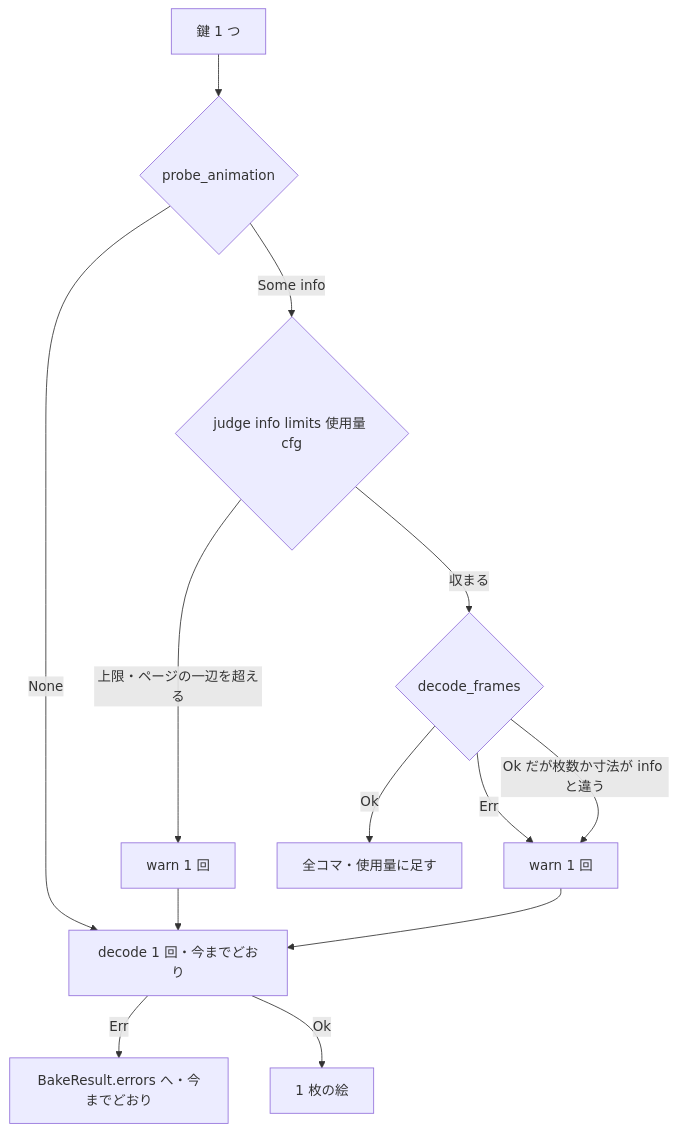
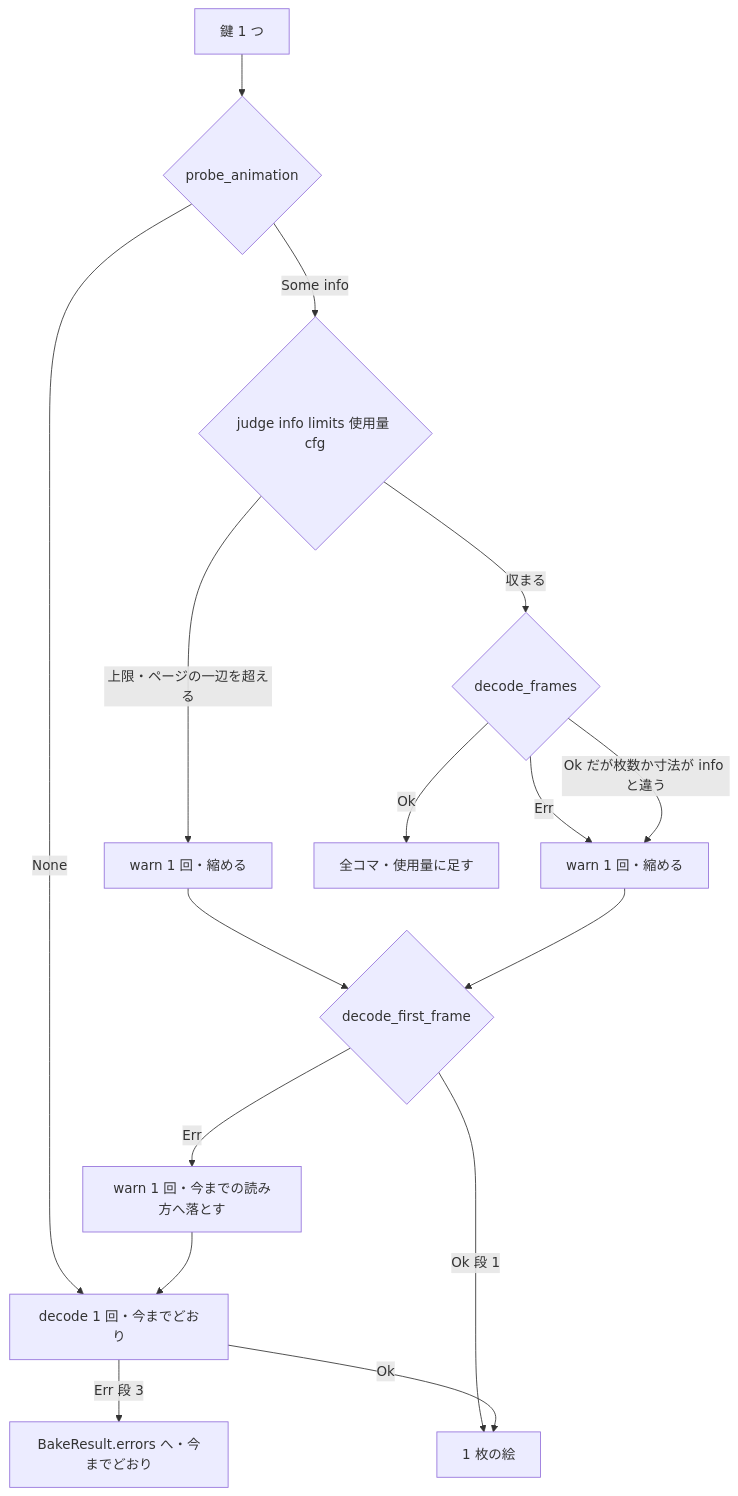
The second of 2 diagrams in .kiro/specs/areka-P0-animated-image-decode/design.md (ekicyou/areka), drawn with Mermaid before and after one commit. The commit also changed other lines of this file and 2 other files, not shown here.

Commit message:
docs(areka-P0-animated-image-decode): resolve design discussion #1 - 縮めた 1 枚は新しい読み手で動きの 1 枚目を読み、読めないときだけ今までの読み方へ落とす

````diff
--- a/.kiro/specs/areka-P0-animated-image-decode/design.md
+++ b/.kiro/specs/areka-P0-animated-image-decode/design.md
@@ -202,13 +209,17 @@
 ```mermaid
 flowchart TD
     S[鍵 1 つ] --> P{probe_animation}
     P -->|None| ST[decode 1 回・今までどおり]
     P -->|Some info| J{judge info limits 使用量 cfg}
-    J -->|上限・ページの一辺を超える| W1[warn 1 回] --> ST
+    J -->|上限・ページの一辺を超える| W1[warn 1 回・縮める]
     J -->|収まる| F{decode_frames}
-    F -->|Err| W2[warn 1 回] --> ST
+    F -->|Err| W2[warn 1 回・縮める]
     F -->|Ok だが枚数か寸法が info と違う| W2
     F -->|Ok| OK[全コマ・使用量に足す]
-    ST -->|Err| E[BakeResult.errors へ・今までどおり]
-    ST -->|Ok| ONE[1 枚の絵]
+    W1 --> FF{decode_first_frame}
+    W2 --> FF
+    FF -->|Ok 段 1| ONE[1 枚の絵]
+    FF -->|Err| W3[warn 1 回・今までの読み方へ落とす] --> ST
+    ST -->|Err 段 3| E[BakeResult.errors へ・今までどおり]
+    ST -->|Ok| ONE
 ```
````
